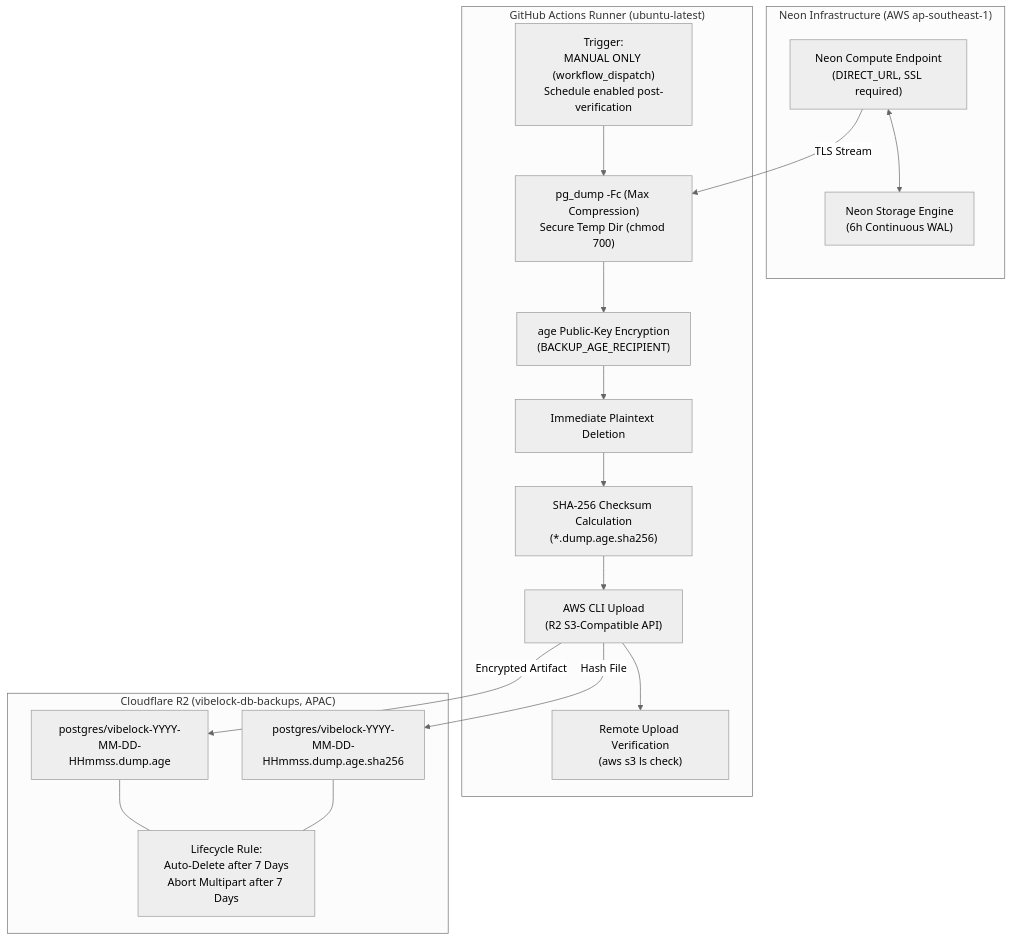
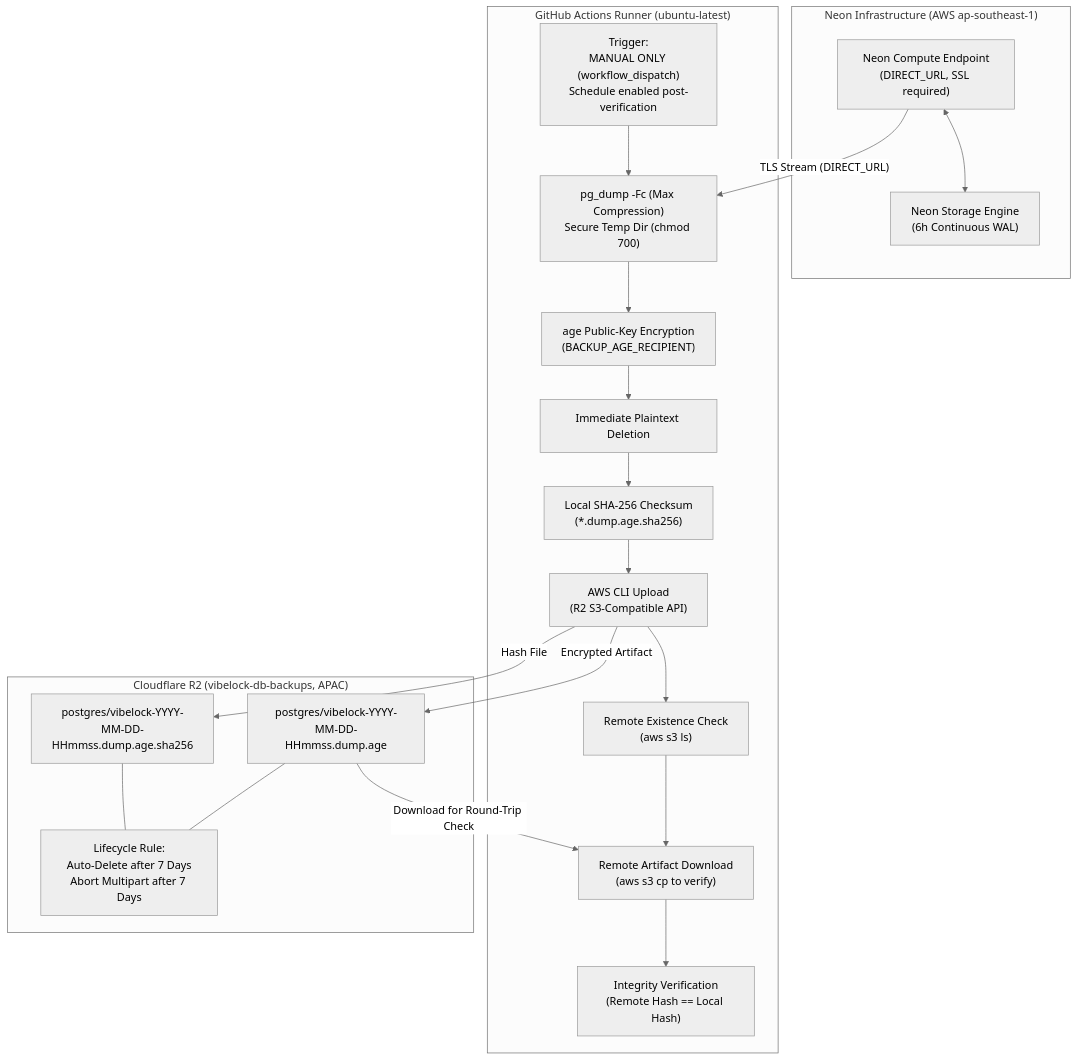
The diagram in docs/backup-disaster-recovery.md (saddaulsiam/vibelock-web), drawn with Mermaid (neutral theme) before and after one commit. The commit also changed other lines of this file, not shown here.

Commit message:
docs(backup): clarify DIRECT_URL secret and round-trip verification in runbook

````diff
--- a/docs/backup-disaster-recovery.md
+++ b/docs/backup-disaster-recovery.md
@@ -43,32 +43,35 @@
 ```mermaid
 flowchart TD
     subgraph Neon["Neon Infrastructure (AWS ap-southeast-1)"]
         Compute["Neon Compute Endpoint\n(DIRECT_URL, SSL required)"]
         Storage["Neon Storage Engine\n(6h Continuous WAL)"]
         Compute <--> Storage
     end
 
     subgraph GHA["GitHub Actions Runner (ubuntu-latest)"]
         Trigger["Trigger:\nMANUAL ONLY (workflow_dispatch)\nSchedule enabled post-verification"]
         Dump["pg_dump -Fc (Max Compression)\nSecure Temp Dir (chmod 700)"]
         Encrypt["age Public-Key Encryption\n(BACKUP_AGE_RECIPIENT)"]
         Purge["Immediate Plaintext Deletion"]
-        Checksum["SHA-256 Checksum Calculation\n(*.dump.age.sha256)"]
+        Checksum["Local SHA-256 Checksum\n(*.dump.age.sha256)"]
         Upload["AWS CLI Upload\n(R2 S3-Compatible API)"]
-        Verify["Remote Upload Verification\n(aws s3 ls check)"]
+        VerifyRemote["Remote Existence Check\n(aws s3 ls)"]
+        DownloadVerify["Remote Artifact Download\n(aws s3 cp to verify)"]
+        CompareChecksum["Integrity Verification\n(Remote Hash == Local Hash)"]
 
-        Trigger --> Dump --> Encrypt --> Purge --> Checksum --> Upload --> Verify
+        Trigger --> Dump --> Encrypt --> Purge --> Checksum --> Upload --> VerifyRemote --> DownloadVerify --> CompareChecksum
     end
 
     subgraph R2["Cloudflare R2 (vibelock-db-backups, APAC)"]
         DumpObj["postgres/vibelock-YYYY-MM-DD-HHmmss.dump.age"]
         HashObj["postgres/vibelock-YYYY-MM-DD-HHmmss.dump.age.sha256"]
         Lifecycle["Lifecycle Rule:\nAuto-Delete after 7 Days\nAbort Multipart after 7 Days"]
         DumpObj --- Lifecycle
         HashObj --- Lifecycle
     end
 
-    Compute -->|"TLS Stream"| Dump
+    Compute -->|"TLS Stream (DIRECT_URL)"| Dump
     Upload -->|"Encrypted Artifact"| DumpObj
     Upload -->|"Hash File"| HashObj
+    DumpObj -->|"Download for Round-Trip Check"| DownloadVerify
 ```
````
